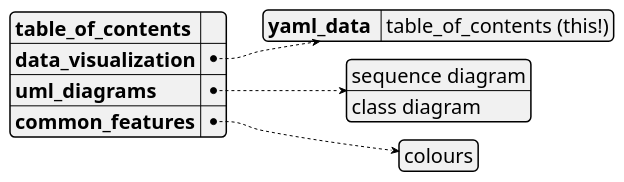
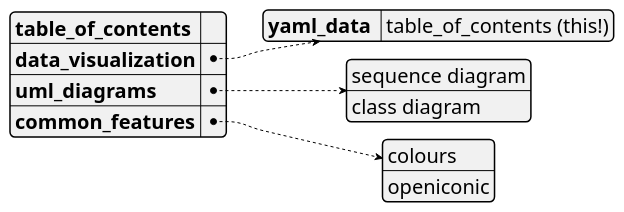
The first of 10 diagrams in plantuml_demo.md (dragondive/plantuml_demo), drawn with PlantUML before and after one commit. The commit also changed other lines of this file, not shown here.

Commit message:
added demo: openiconic

````diff
--- a/plantuml_demo.md
+++ b/plantuml_demo.md
@@ -19,22 +19,23 @@
 ```plantuml
 @startyaml
 
 <style>
 yamlDiagram {
   node {
 	FontName Consolas
 	FontSize 20
   }
 }
 </style>
 
 **table_of_contents**:  " " /' workaround: space here to avoid dummy link '/
 data_visualization:
   yaml_data : table_of_contents (this!)
 uml_diagrams:
   - sequence diagram
   - class diagram
 common_features:
   - colours
+  - openiconic
 @endyaml
 ```
````
